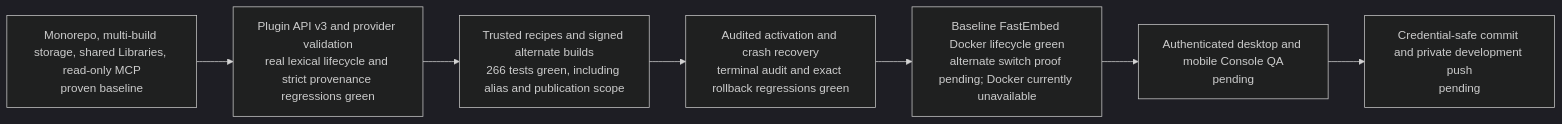
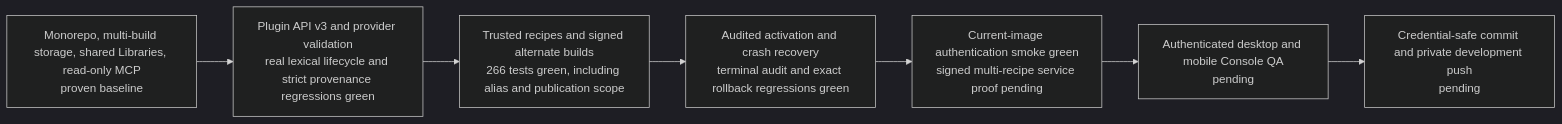
Before and after one commit to Sjshovan/project-dkb: the first of 17 diagrams in docs/architecture/system-map.md, drawn with Mermaid (dark theme). The commit also changed other lines of this file and 40 other files, not shown here.

````diff
--- a/docs/architecture/system-map.md
+++ b/docs/architecture/system-map.md
@@ -117,12 +164,12 @@
 ```mermaid
 flowchart LR
     Baseline[Monorepo, multi-build storage, shared Libraries, read-only MCP\nproven baseline]
     SDK[Plugin API v3 and provider validation\nreal lexical lifecycle and strict provenance regressions green]
     Registry[Trusted recipes and signed alternate builds\n266 tests green, including alias and publication scope]
     Runtime[Audited activation and crash recovery\nterminal audit and exact rollback regressions green]
-    Services[Baseline FastEmbed Docker lifecycle green\nalternate switch proof pending; Docker currently unavailable]
+    Services[Current-image authentication smoke green\nsigned multi-recipe service proof pending]
     UI[Authenticated desktop and mobile Console QA\npending]
     Checkpoint[Credential-safe commit and private development push\npending]
 
     Baseline --> SDK --> Registry --> Runtime --> Services --> UI --> Checkpoint
 ```
````
